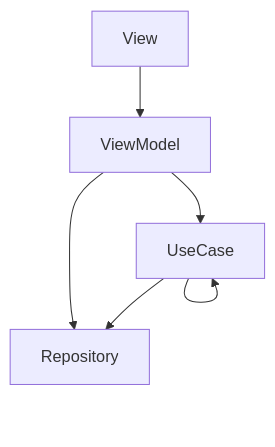
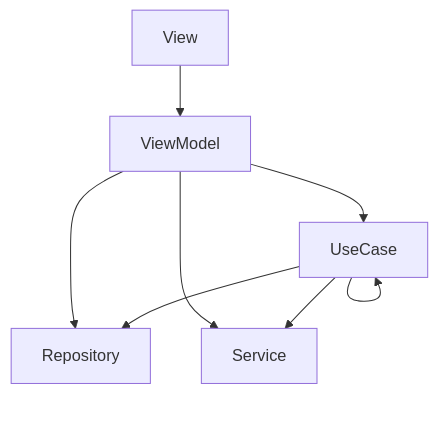
One commit to sbkinoko/RPGEngine2 changed the second of 2 diagrams in README.md. Above: the diagram before and after it, drawn with Mermaid.

````diff
--- a/README.md
+++ b/README.md
@@ -28,12 +28,10 @@
 ```mermaid
 graph TD;
-  A-->B;
-  B-->C;
-  B-->D;
-  C-->C;
-  C-->D;
-  A[View];
-  B[ViewModel];
-  C[UseCase];
-  D[Repository];
+  View-->ViewModel;
+  ViewModel --> UseCase;
+  ViewModel --> Repository;
+  ViewModel --> Service;
+  UseCase --> UseCase;
+  UseCase --> Service;
+  UseCase --> Repository;
 ```
````
